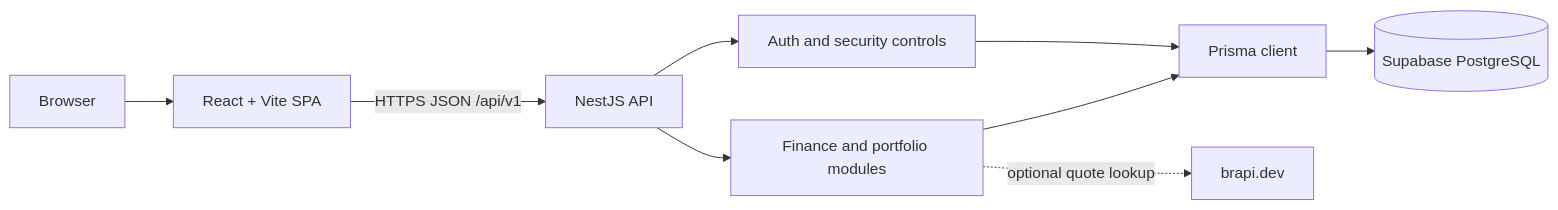
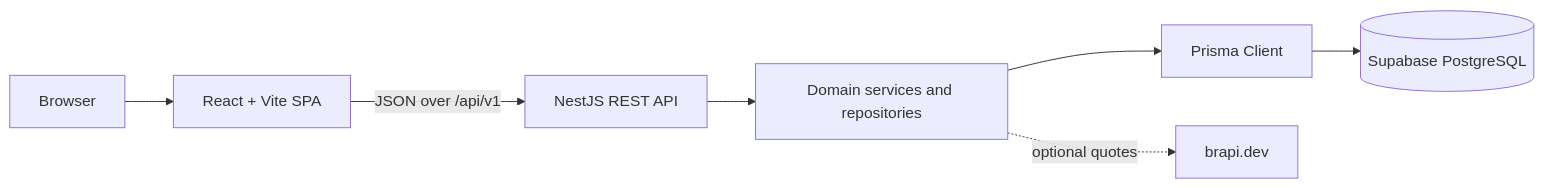
Before and after one commit to salmoriadev/FinanceBuddy: the diagram in README.md, drawn with Mermaid. The commit also changed other lines of this file and 1 other file, not shown here.

Commit message:
docs: explain product architecture and local workflow

````diff
--- a/README.md
+++ b/README.md
@@ -44,11 +44,17 @@
 ```mermaid
 flowchart LR
-  Browser[Browser] --> Web[React + Vite SPA]
-  Web -->|HTTPS JSON /api/v1| API[NestJS API]
-  API --> Auth[Auth and security controls]
-  API --> Finance[Finance and portfolio modules]
-  Auth --> Prisma[Prisma client]
-  Finance --> Prisma
-  Prisma --> DB[(Supabase PostgreSQL)]
-  Finance -. optional quote lookup .-> Market[brapi.dev]
+  Browser[Browser]
+  Web[React + Vite SPA]
+  API[NestJS REST API]
+  Domain[Domain services and repositories]
+  Prisma[Prisma Client]
+  DB[(Supabase PostgreSQL)]
+  Brapi[brapi.dev]
+
+  Browser --> Web
+  Web -->|JSON over /api/v1| API
+  API --> Domain
+  Domain --> Prisma
+  Prisma --> DB
+  Domain -. optional quotes .-> Brapi
 ```
````
